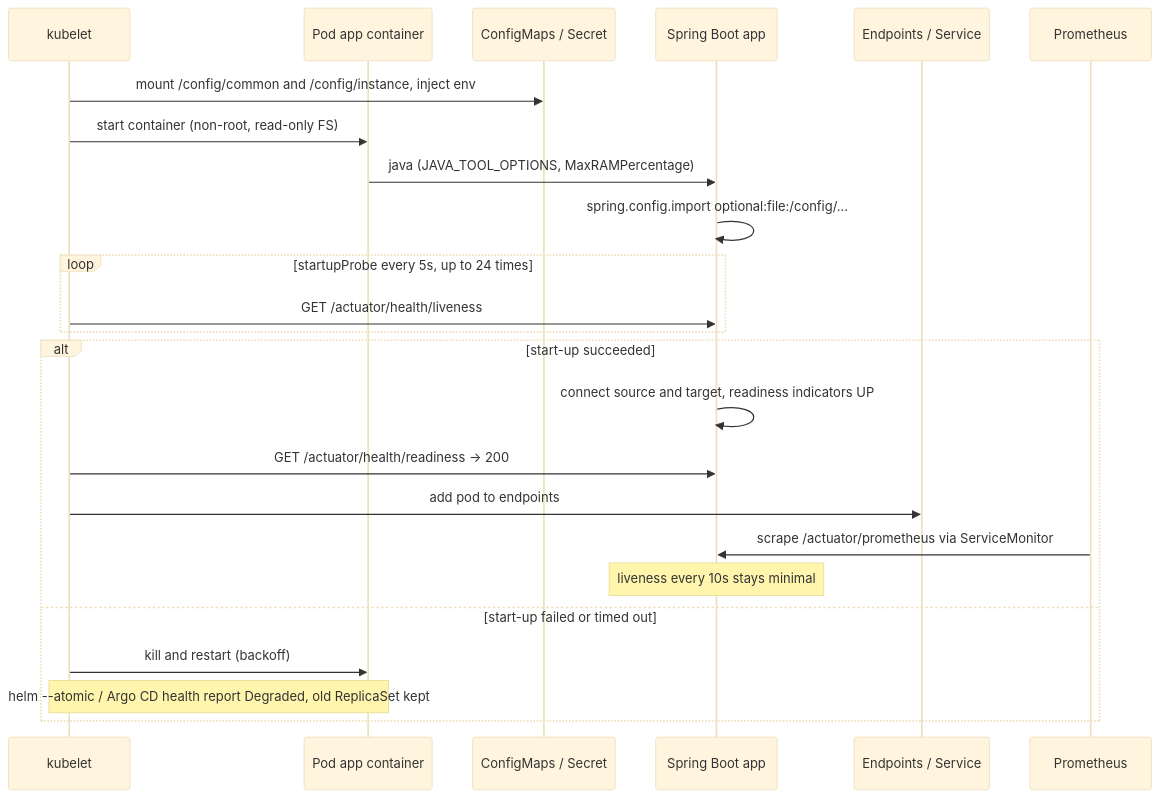
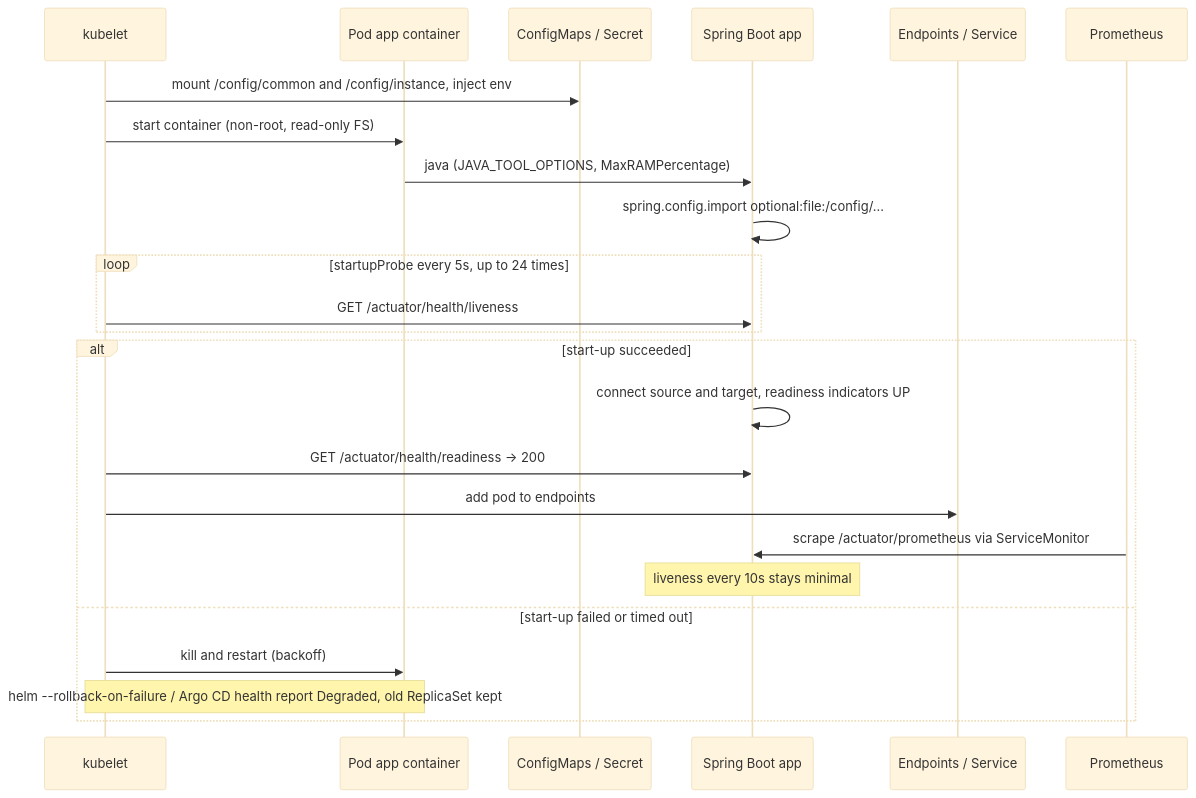
One commit to crazymatthsu/github-demo changed the fourth of 5 diagrams in docs/06-runtime-operations.md. Above: the diagram before and after it, drawn with Mermaid (base theme). The commit also changed other lines of this file and 9 other files, not shown here.

````diff
--- a/docs/06-runtime-operations.md
+++ b/docs/06-runtime-operations.md
@@ -432,26 +432,26 @@
 ```mermaid
 sequenceDiagram
   participant K as kubelet
   participant P as Pod app container
   participant C as ConfigMaps / Secret
   participant S as Spring Boot app
   participant E as Endpoints / Service
   participant M as Prometheus
   K->>C: mount /config/common and /config/instance, inject env
   K->>P: start container (non-root, read-only FS)
   P->>S: java (JAVA_TOOL_OPTIONS, MaxRAMPercentage)
   S->>S: spring.config.import optional:file:/config/...
   loop startupProbe every 5s, up to 24 times
     K->>S: GET /actuator/health/liveness
   end
   alt start-up succeeded
     S->>S: connect source and target, readiness indicators UP
     K->>S: GET /actuator/health/readiness → 200
     K->>E: add pod to endpoints
     M->>S: scrape /actuator/prometheus via ServiceMonitor
     Note over S: liveness every 10s stays minimal
   else start-up failed or timed out
     K->>P: kill and restart (backoff)
-    Note over K,P: helm --atomic / Argo CD health report Degraded, old ReplicaSet kept
+    Note over K,P: helm --rollback-on-failure / Argo CD health report Degraded, old ReplicaSet kept
   end
 ```
````
